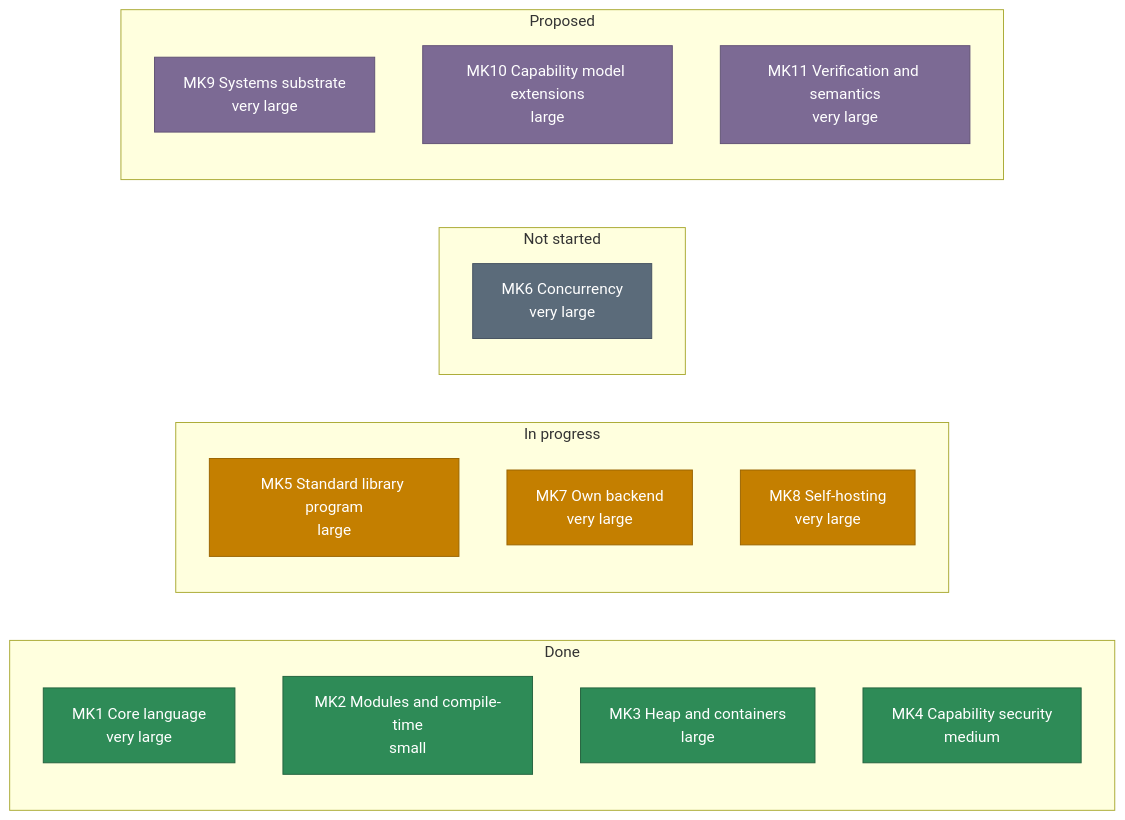
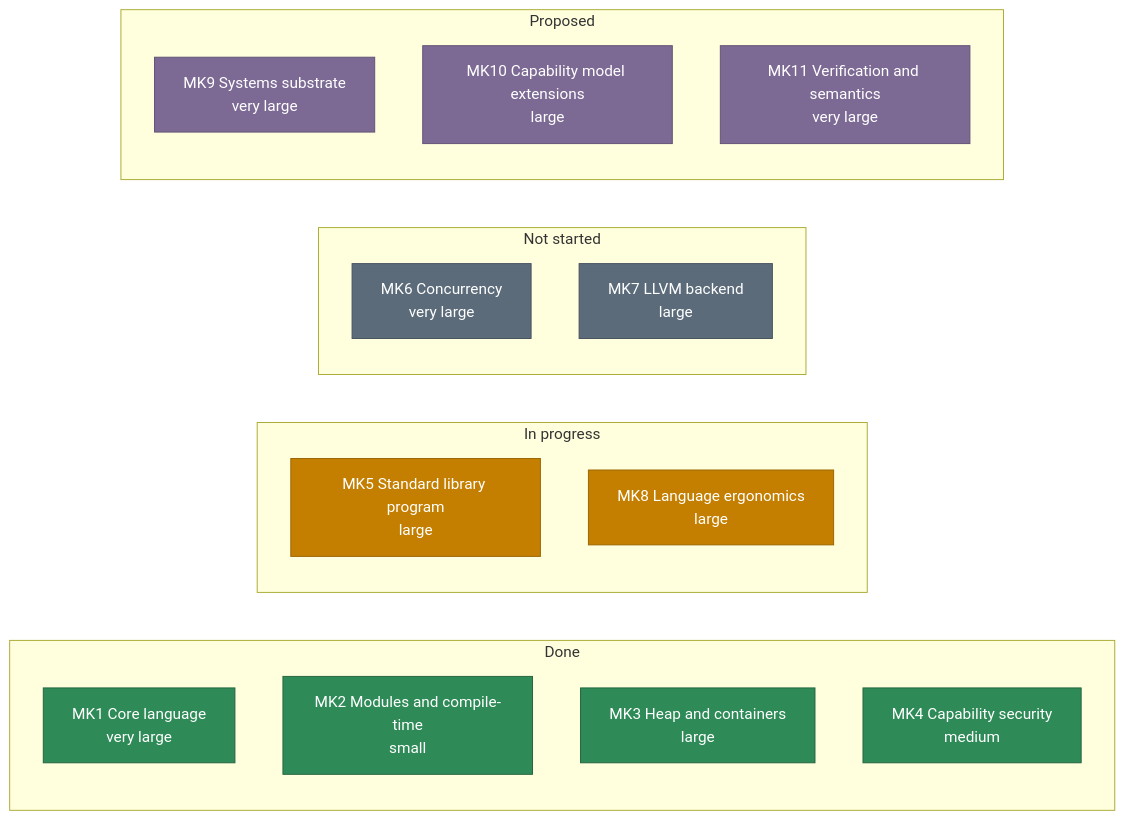
Before and after one commit to cinderflaer/kelp-wiki: the diagram in home.md, drawn with Mermaid. The commit also changed other lines of this file and 13 other files, not shown here.

````diff
--- a/home.md
+++ b/home.md
@@ -83,30 +83,30 @@
 ```mermaid
 flowchart LR
     subgraph done["Done"]
         MK1["MK1 Core language<br/>very large"]
         MK2["MK2 Modules and compile-time<br/>small"]
         MK3["MK3 Heap and containers<br/>large"]
         MK4["MK4 Capability security<br/>medium"]
     end
     subgraph active["In progress"]
         MK5["MK5 Standard library program<br/>large"]
-        MK7["MK7 Own backend<br/>very large"]
-        MK8["MK8 Self-hosting<br/>very large"]
+        MK8["MK8 Language ergonomics<br/>large"]
     end
     subgraph planned["Not started"]
         MK6["MK6 Concurrency<br/>very large"]
+        MK7["MK7 LLVM backend<br/>large"]
     end
     subgraph proposed["Proposed"]
         MK9["MK9 Systems substrate<br/>very large"]
         MK10["MK10 Capability model extensions<br/>large"]
         MK11["MK11 Verification and semantics<br/>very large"]
     end
     classDef statusDone fill:#2e8b57,color:#ffffff,stroke:#24633f
     classDef statusActive fill:#c47f00,color:#ffffff,stroke:#9a6400
     classDef statusPlanned fill:#5b6b7a,color:#ffffff,stroke:#455260
     classDef statusProposed fill:#7c6a94,color:#ffffff,stroke:#615275
     class MK1,MK2,MK3,MK4 statusDone
-    class MK5,MK7,MK8 statusActive
-    class MK6 statusPlanned
+    class MK5,MK8 statusActive
+    class MK6,MK7 statusPlanned
     class MK9,MK10,MK11 statusProposed
 ```
````
